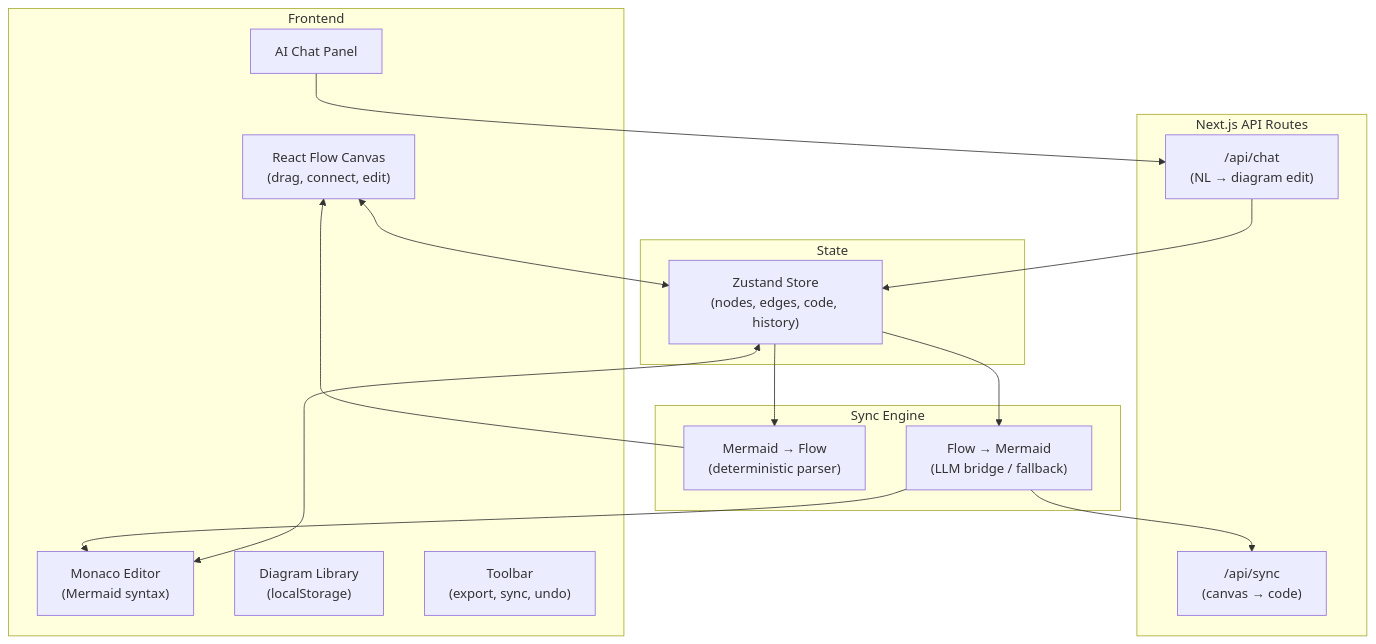
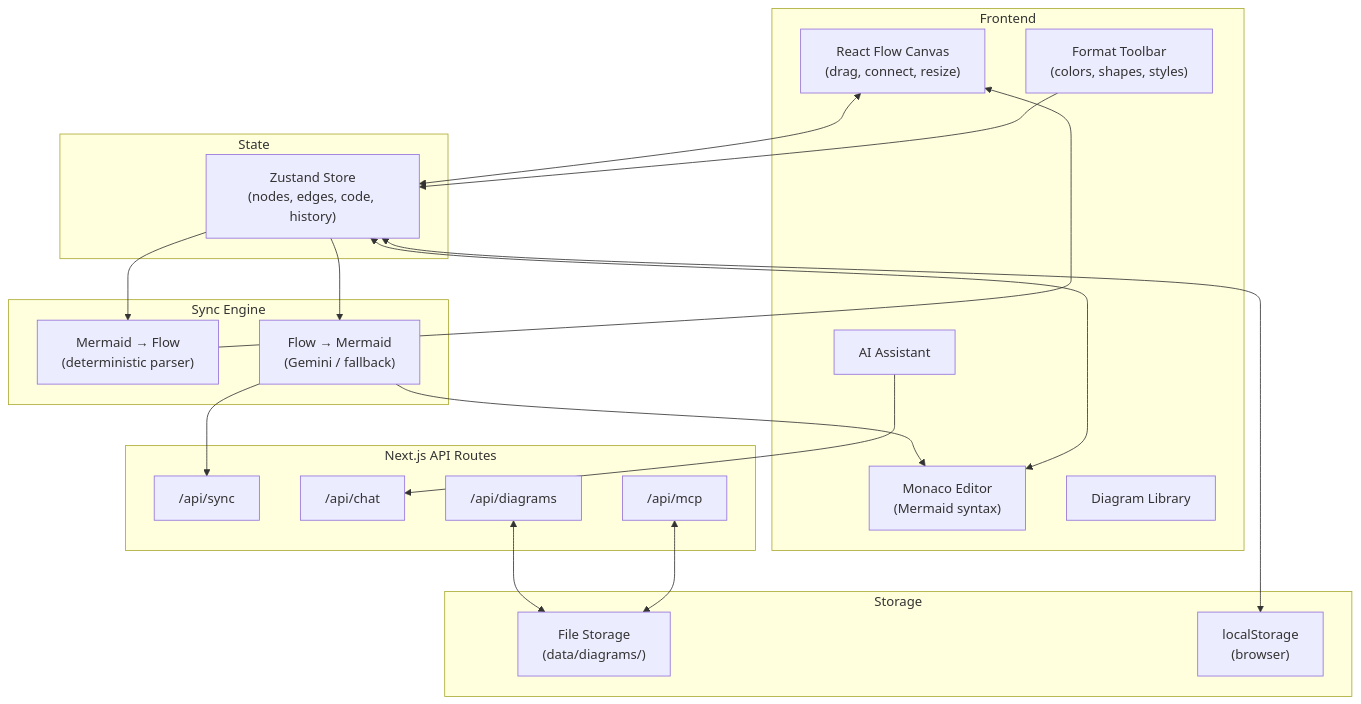
One commit to fl-satyakam/diagramos changed the diagram in README.md. Above: the diagram before and after it, drawn with Mermaid. The commit also changed other lines of this file, not shown here.

First line of the commit message:
docs: complete README with MCP server, REST API, architecture, deploy instructions

````diff
--- a/README.md
+++ b/README.md
@@ -84,32 +227,42 @@
 ```mermaid
 graph TD
     subgraph Frontend
-        Canvas["React Flow Canvas\n(drag, connect, edit)"]
+        Canvas["React Flow Canvas\n(drag, connect, resize)"]
         Editor["Monaco Editor\n(Mermaid syntax)"]
-        Sidebar["Diagram Library\n(localStorage)"]
-        Chat["AI Chat Panel"]
-        Toolbar["Toolbar\n(export, sync, undo)"]
+        Sidebar["Diagram Library"]
+        Chat["AI Assistant"]
+        FmtBar["Format Toolbar\n(colors, shapes, styles)"]
     end
 
     subgraph State
         Store["Zustand Store\n(nodes, edges, code, history)"]
     end
 
     subgraph Sync["Sync Engine"]
         M2F["Mermaid → Flow\n(deterministic parser)"]
-        F2M["Flow → Mermaid\n(LLM bridge / fallback)"]
+        F2M["Flow → Mermaid\n(Gemini / fallback)"]
     end
 
     subgraph API["Next.js API Routes"]
-        SyncAPI["/api/sync\n(canvas → code)"]
-        ChatAPI["/api/chat\n(NL → diagram edit)"]
+        SyncAPI["/api/sync"]
+        ChatAPI["/api/chat"]
+        DiagramAPI["/api/diagrams"]
+        MCPAPI["/api/mcp"]
+    end
+
+    subgraph Storage
+        FS["File Storage\n(data/diagrams/)"]
+        LS["localStorage\n(browser)"]
     end
 
     Canvas <--> Store
     Editor <--> Store
+    FmtBar --> Store
     Store --> M2F --> Canvas
     Store --> F2M --> Editor
     F2M --> SyncAPI
     Chat --> ChatAPI
-    ChatAPI --> Store
+    DiagramAPI <--> FS
+    MCPAPI <--> FS
+    Store <--> LS
 ```
````
